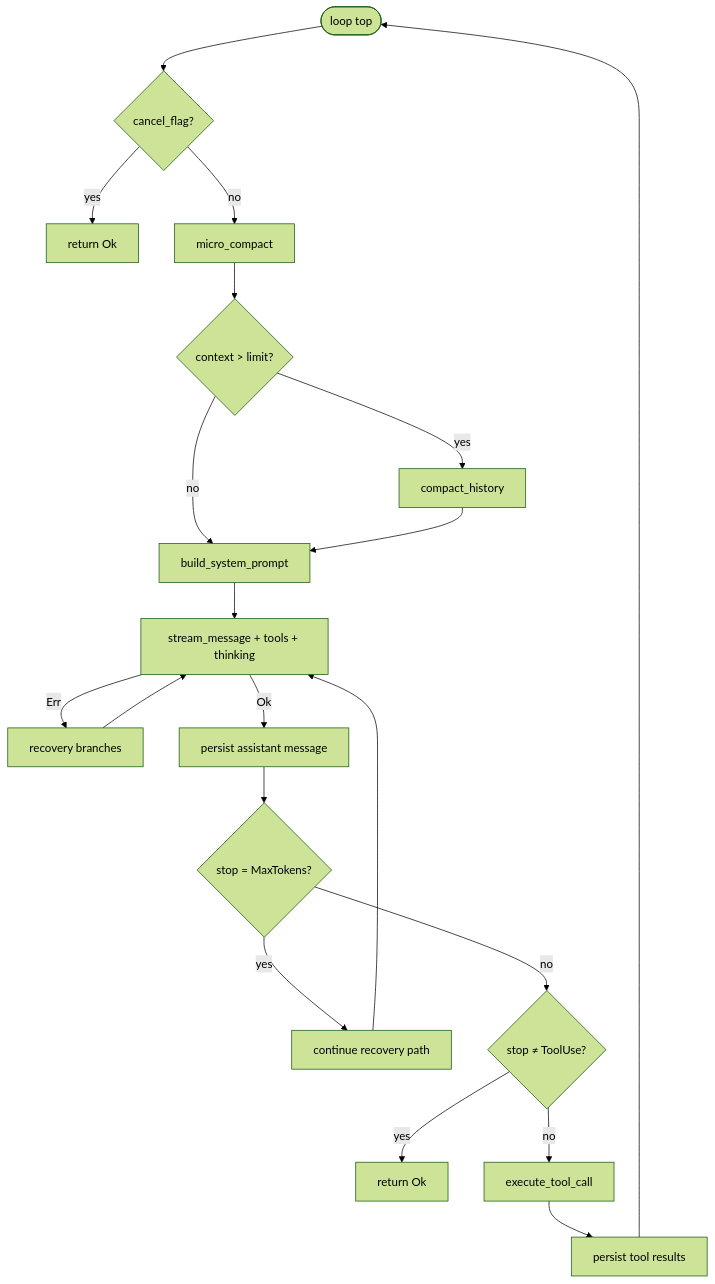
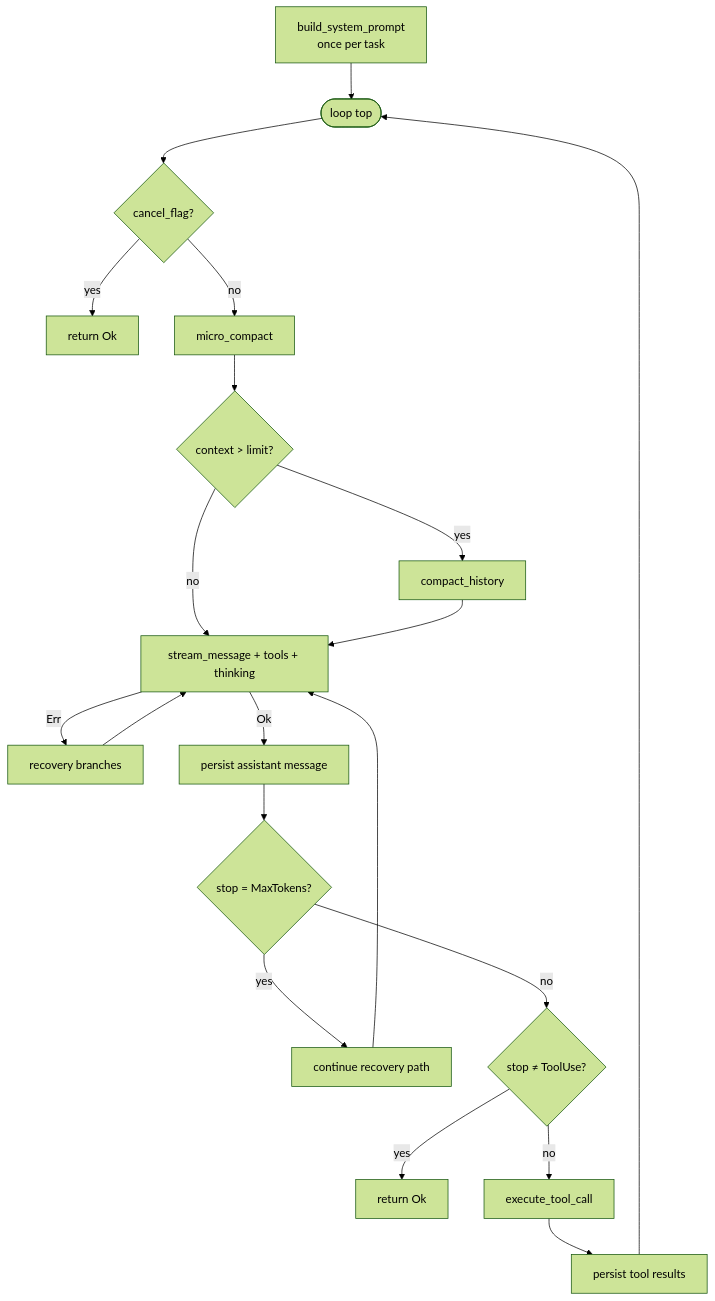
The diagram in book/18_chapter_agent_loop.md (rust-infra/tact), drawn with Mermaid (forest theme) before and after one commit. The commit also changed other lines of this file and 20 other files, not shown here.

````diff
--- a/book/18_chapter_agent_loop.md
+++ b/book/18_chapter_agent_loop.md
@@ -44,22 +44,22 @@
 ```mermaid
 flowchart TD
+    Prompt[build_system_prompt<br/>once per task] --> Start
     Start([loop top]) --> Cancel{cancel_flag?}
     Cancel -- yes --> ExitCancel[return Ok]
     Cancel -- no --> Micro[micro_compact]
     Micro --> Limit{context > limit?}
     Limit -- yes --> AutoCompact[compact_history]
-    Limit -- no --> Prompt[build_system_prompt]
-    AutoCompact --> Prompt
-    Prompt --> Stream[stream_message + tools + thinking]
+    Limit -- no --> Stream[stream_message + tools + thinking]
+    AutoCompact --> Stream
     Stream -->|Err| Recovery[recovery branches]
     Recovery --> Stream
     Stream -->|Ok| PersistA[persist assistant message]
     PersistA --> MaxTok{stop = MaxTokens?}
     MaxTok -- yes --> Cont[continue recovery path]
     Cont --> Stream
     MaxTok -- no --> EndTurn{stop ≠ ToolUse?}
     EndTurn -- yes --> ExitOk[return Ok]
     EndTurn -- no --> Tools[execute_tool_call]
     Tools --> PersistT[persist tool results]
     PersistT --> Start
 ```
````
